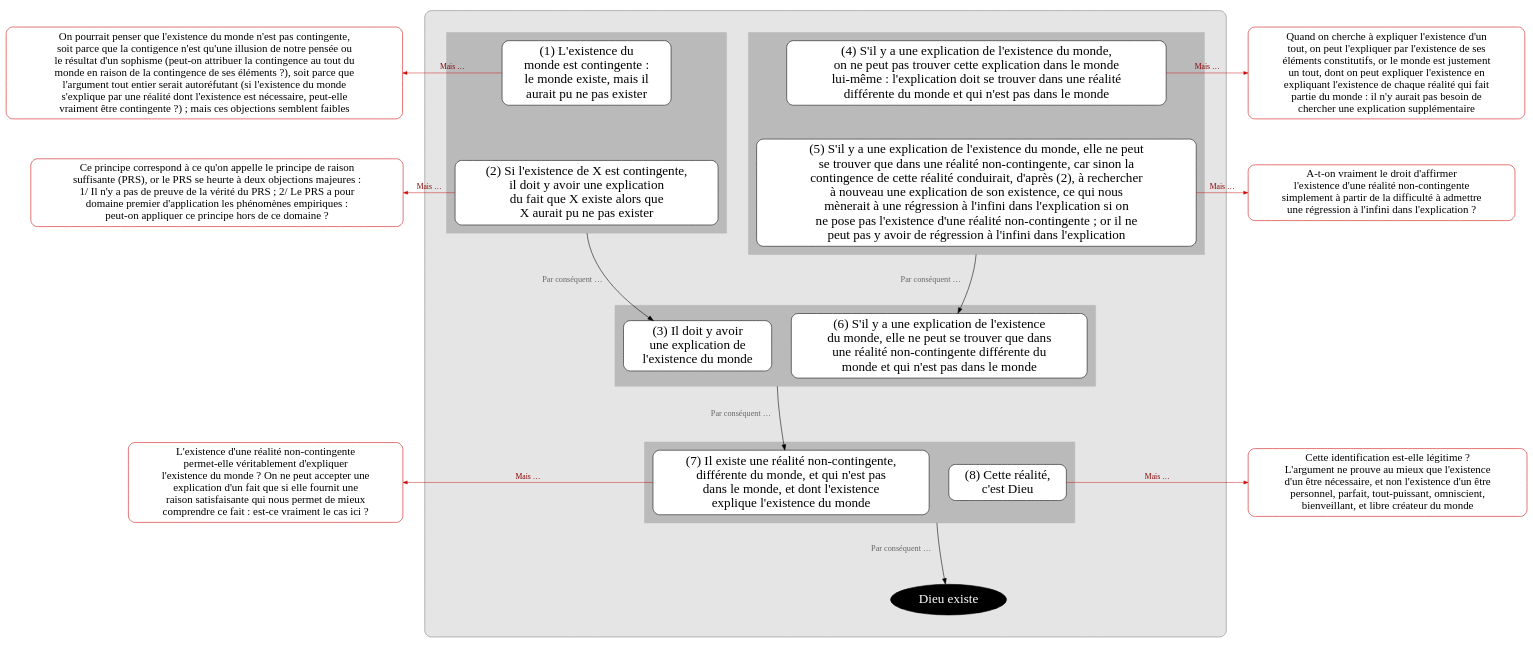
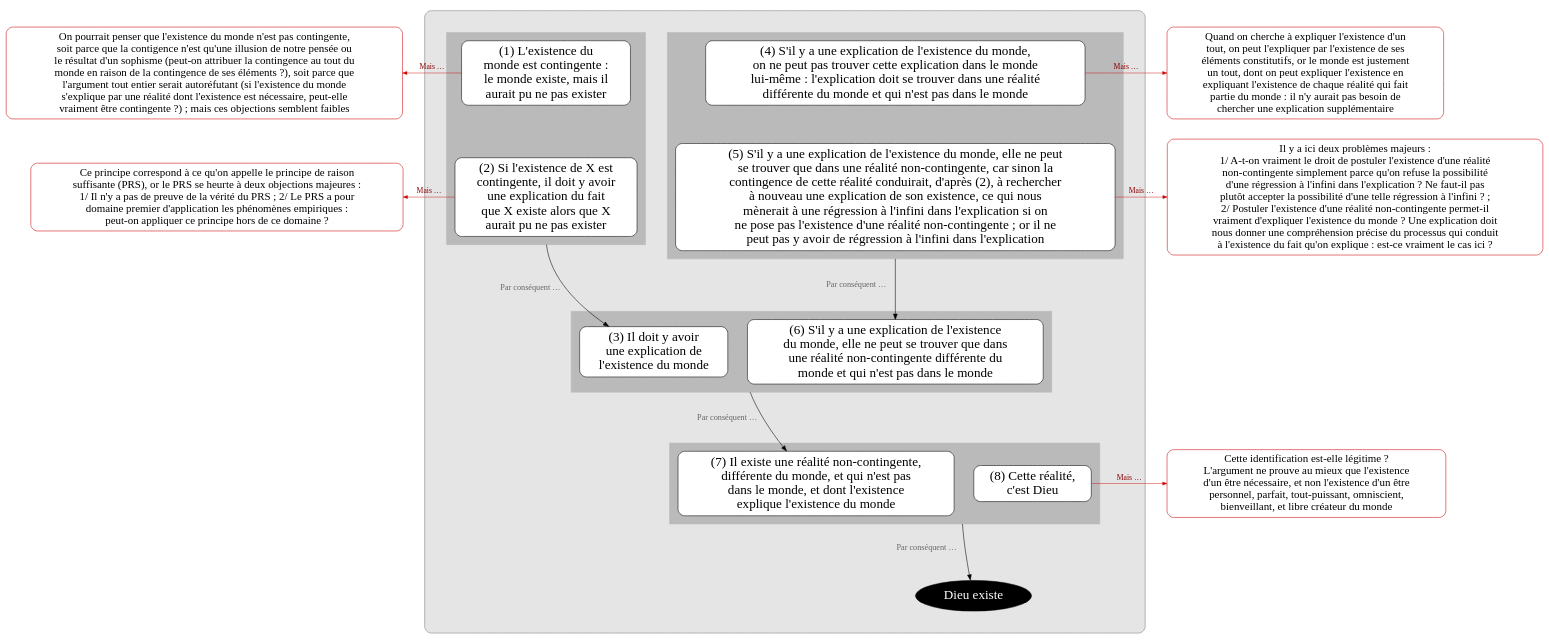
The diagram in argument/argument-cosmologique1-v2.dot (eyssette/graphviz-examples), drawn with Graphviz before and after one commit. The commit also changed 1 other file, not shown here.

```diff
--- a/argument/argument-cosmologique1-v2.dot
+++ b/argument/argument-cosmologique1-v2.dot
@@ -1,168 +1,166 @@
 digraph G {
 splines=true
 newrank=true
 compound=true
 
 node[color=red3, style="rounded, filled", shape="box", fillcolor=white, penwidth=1, fontcolor=black, fontsize=20, margin=0.1]
 o1[label="On pourrait penser que l'existence du monde n'est pas contingente,
 soit parce que la contigence n'est qu'une illusion de notre pensée ou
 le résultat d'un sophisme (peut-on attribuer la contingence au tout du
 monde en raison de la contingence de ses éléments ?), soit parce que
 l'argument tout entier serait autoréfutant (si l'existence du monde
 s'explique par une réalité dont l'existence est nécessaire, peut-elle
 vraiment être contingente ?) ; mais ces objections semblent faibles"]
 
 o2[label="Ce principe correspond à ce qu'on appelle le principe de raison 
 suffisante (PRS), or le PRS se heurte à deux objections majeures :
 1/ Il n'y a pas de preuve de la vérité du PRS ; 2/ Le PRS a pour
 domaine premier d'application les phénomènes empiriques :
 peut-on appliquer ce principe hors de ce domaine ?"]
 
-o5[label="L'existence d'une réalité non-contingente
-permet-elle véritablement d'expliquer
-l'existence du monde ? On ne peut accepter une
-explication d'un fait que si elle fournit une
-raison satisfaisante qui nous permet de mieux
-comprendre ce fait : est-ce vraiment le cas ici ?"]
-
-
 
 node[shape=box, fillcolor=white, style="filled,rounded", color=black, fontsize=24, penwidth=1,fontcolor=black, margin=0.1]
 edge[color=red3, penwidth=0.8, arrowsize=0.8, label=" Mais …", fontcolor=red4,fontsize=14]
 
 {rank=same;o1->p1[dir=back]}
 {rank=same;o2->p2[dir=back]}
-{rank=same;o5->p5[dir=back]}
+
 
 subgraph cluster_0 {
 bgcolor=grey90
 style=rounded
 color=grey50
 margin=40
 
 
 
 node[shape=box, fillcolor=white, style="filled,rounded", color=black]
 edge[label="",xlabel="Par conséquent … ",fontcolor=grey40;fontsize=15,minlen=3,color=black,penwidth=1, arrowsize=1]
 
 
 
 
 //p2:s->p3:n[ltail=cluster_1]
 //p2:w->p3:n[ltail=cluster_1]
 //p3[label="(3) Lemme 1"]
 
 
 
 subgraph cluster_2arg {
 style="box"
 margin=15
 bgcolor=grey73
 color=grey73
 
-a1[label="(4) S'il y a une explication de l'existence du monde,
+p4[label="(4) S'il y a une explication de l'existence du monde,
 on ne peut pas trouver cette explication dans le monde
 lui-même : l'explication doit se trouver dans une réalité 
 différente du monde et qui n'est pas dans le monde"]
-a2[label="(5) S'il y a une explication de l'existence du monde, elle ne peut
+p5[label="(5) S'il y a une explication de l'existence du monde, elle ne peut
 se trouver que dans une réalité non-contingente, car sinon la
 contingence de cette réalité conduirait, d'après (2), à rechercher
 à nouveau une explication de son existence, ce qui nous
 mènerait à une régression à l'infini dans l'explication si on
 ne pose pas l'existence d'une réalité non-contingente ; or il ne
 peut pas y avoir de régression à l'infini dans l'explication"]
 }
-a1->a2[style=invis,xlabel="",minlen=1]
-a2:s->p4[ltail=cluster_2arg]
-{rank=same;p1->a1[style=invis]}
+p4->p5[style=invis,xlabel="",minlen=1]
+p5:s->p6[ltail=cluster_2arg]
+{rank=same;p1->p4[style=invis]}
 
 subgraph cluster_1 {
 style="box"
 margin=15
 bgcolor=grey73
 color=grey73
 
 p1[label="(1) L'existence du
 monde est contingente :
 le monde existe, mais il
 aurait pu ne pas exister"]
 
-p2[label="(2) Si l'existence de X est contingente,
-il doit y avoir une explication
-du fait que X existe alors que
-X aurait pu ne pas exister"]
+p2[label="(2) Si l'existence de X est
+contingente, il doit y avoir
+une explication du fait
+que X existe alors que X
+aurait pu ne pas exister"]
 }
 
 p1->p2[style=invis,xlabel="",minlen=1]
 p2:s->p3[ltail=cluster_1]
 
 
 subgraph cluster_2 {
 style="box"
 margin=15
 bgcolor=grey73
 color=grey73
 p3[label="(3) Il doit y avoir
 une explication de
 l'existence du monde"]
-p4[label="(6) S'il y a une explication de l'existence
+p6[label="(6) S'il y a une explication de l'existence
 du monde, elle ne peut se trouver que dans
 une réalité non-contingente différente du
 monde et qui n'est pas dans le monde"]
 }
-{rank=same;p3->p4[style=invis,xlabel="",minlen=1]}
+{rank=same;p3->p6[style=invis,xlabel="",minlen=1]}
 
-p4:w->p5[ltail=cluster_2]
+p6:w->p7[ltail=cluster_2]
 
 
 subgraph cluster_3 {
 style="box"
 margin=15
 bgcolor=grey73
 color=grey73
-p5[label="(7) Il existe une réalité non-contingente,
+p7[label="(7) Il existe une réalité non-contingente,
 différente du monde, et qui n'est pas
 dans le monde, et dont l'existence
 explique l'existence du monde"]
-p6[label="(8) Cette réalité,
+p8[label="(8) Cette réalité,
 c'est Dieu"]
 
 }
-{rank=same;p5->p6[style=invis,xlabel="",minlen=1]}
+{rank=same;p7->p8[style=invis,xlabel="",minlen=1]}
 
-p6:w->C[ltail=cluster_3]
+p8:w->C[ltail=cluster_3]
 
 C[label="Dieu existe",fillcolor=black, fontcolor=white, color=black, shape=ellipse]
 
 
 }
 
 node[color=red3, style="rounded, filled", shape="box", fillcolor=white, penwidth=1, fontcolor=black, fontsize=20, margin=0.1]
 
 
 
-o3[label="Quand on cherche à expliquer l'existence d'un
+o4[label="Quand on cherche à expliquer l'existence d'un
 tout, on peut l'expliquer par l'existence de ses
 éléments constitutifs, or le monde est justement
 un tout, dont on peut expliquer l'existence en
 expliquant l'existence de chaque réalité qui fait
 partie du monde : il n'y aurait pas besoin de
 chercher une explication supplémentaire"]
-{rank=same;a1->o3}
+{rank=same;p4->o4}
 
-o7[label="A-t-on vraiment le droit d'affirmer
-l'existence d'une réalité non-contingente
-simplement à partir de la difficulté à admettre
-une régression à l'infini dans l'explication ?"]
-{rank=same;a2->o7}
+o7[label="Il y a ici deux problèmes majeurs :
+1/ A-t-on vraiment le droit de postuler l'existence d'une réalité 
+non-contingente simplement parce qu'on refuse la possibilité
+d'une régression à l'infini dans l'explication ? Ne faut-il pas
+plutôt accepter la possibilité d'une telle régression à l'infini ? ;
+2/ Postuler l'existence d'une réalité non-contingente permet-il
+vraiment d'expliquer l'existence du monde ? Une explication doit
+nous donner une compréhension précise du processus qui conduit
+à l'existence du fait qu'on explique : est-ce vraiment le cas ici ?"]
+{rank=same;p5->o7}
 
 
-o6[label="Cette identification est-elle légitime ?
+o8[label="Cette identification est-elle légitime ?
 L'argument ne prouve au mieux que l'existence
 d'un être nécessaire, et non l'existence d'un être
 personnel, parfait, tout-puissant, omniscient, 
 bienveillant, et libre créateur du monde"]
-{rank=same;p6->o6}
+{rank=same;p8->o8}
 
 
 }
```
